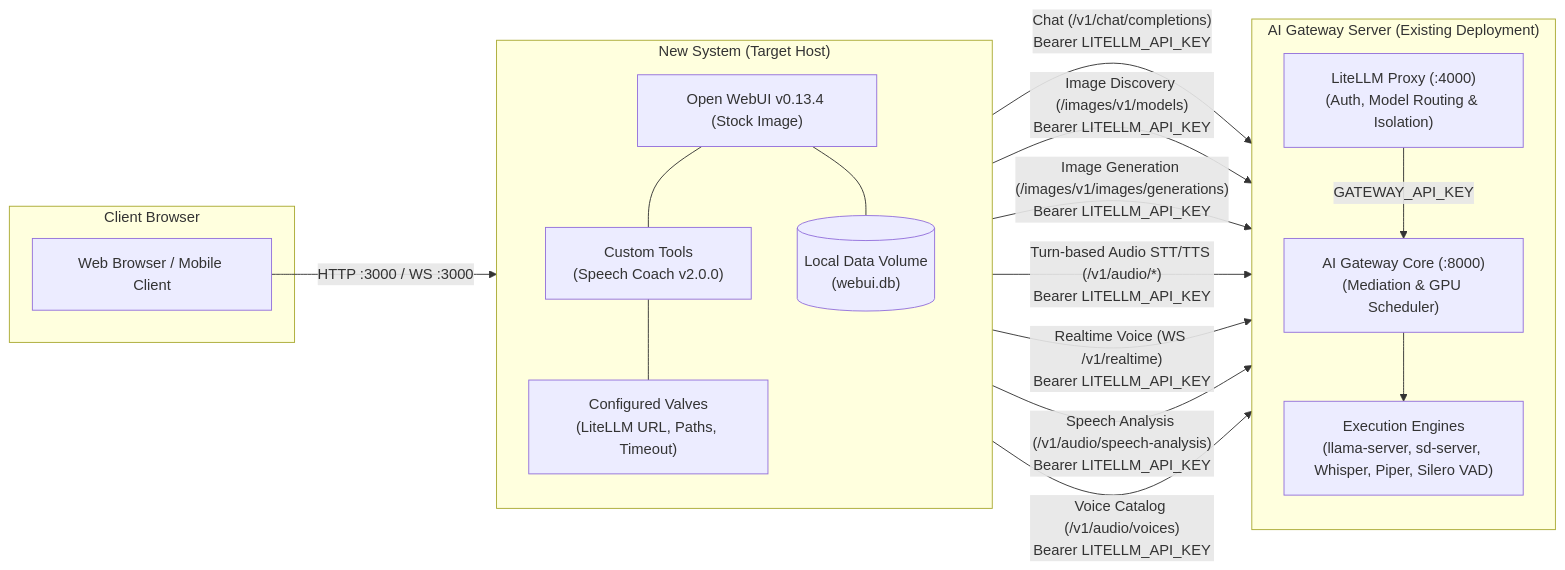
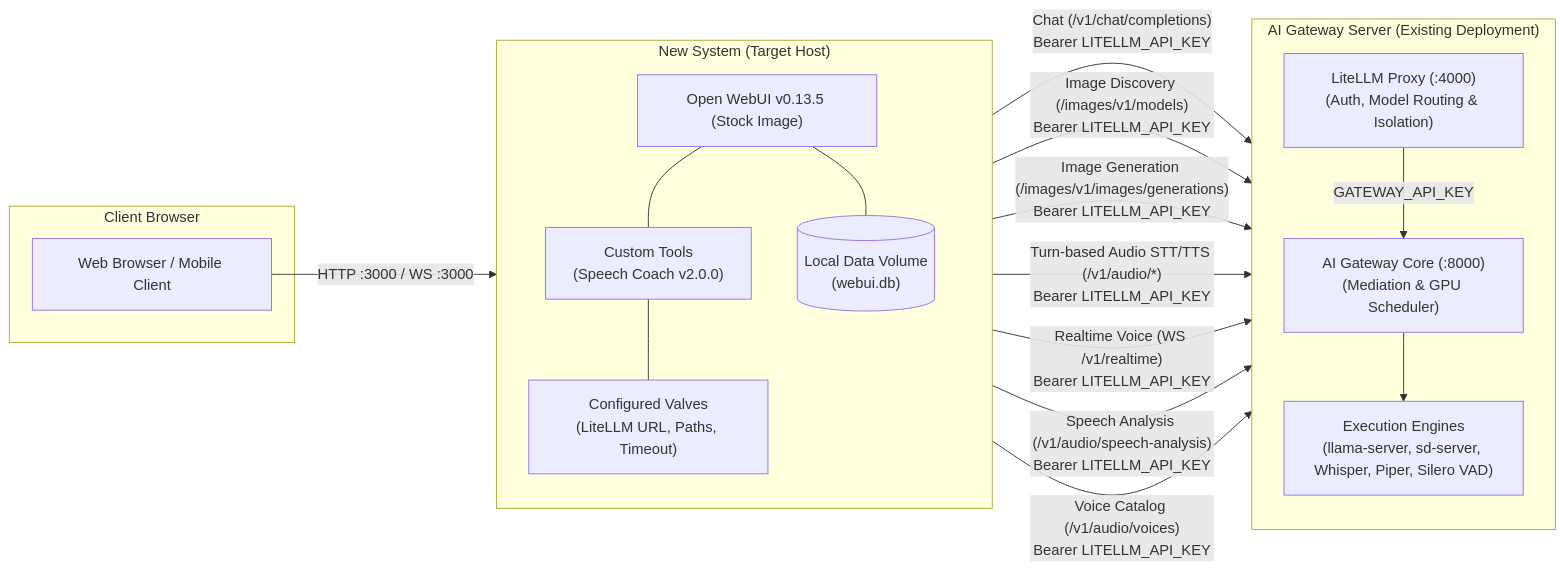
One commit to CyberRoamer/open-webui-fork changed the diagram in README.md. Above: the diagram before and after it, drawn with Mermaid. The commit also changed other lines of this file and 17 other files, not shown here.

Commit message:
feat(v0.13.5): upgrade Open WebUI to v0.13.5, fix ask_user options, and add Coolify GitHub deployment

````diff
--- a/README.md
+++ b/README.md
@@ -9,36 +9,36 @@
 ```mermaid
 flowchart LR
     subgraph Client ["Client Browser"]
         BROWSER["Web Browser / Mobile Client"]
     end
 
     subgraph New_Node ["New System (Target Host)"]
         direction TB
-        OWUI["Open WebUI v0.13.4 (Stock Image)"]
+        OWUI["Open WebUI v0.13.5 (Stock Image)"]
         TOOLS["Custom Tools\n(Speech Coach v2.0.0)"]
         VALVES["Configured Valves\n(LiteLLM URL, Paths, Timeout)"]
         DATA[("Local Data Volume\n(webui.db)")]
         OWUI --- TOOLS
         TOOLS --- VALVES
         OWUI --- DATA
     end
 
     subgraph Gateway_Server ["AI Gateway Server (Existing Deployment)"]
         direction TB
         LITELLM["LiteLLM Proxy (:4000)\n(Auth, Model Routing & Isolation)"]
         GW["AI Gateway Core (:8000)\n(Mediation & GPU Scheduler)"]
         ENGINES["Execution Engines\n(llama-server, sd-server, Whisper, Piper, Silero VAD)"]
         
         LITELLM -->|"GATEWAY_API_KEY"| GW
         GW --> ENGINES
     end
 
     BROWSER -->|"HTTP :3000 / WS :3000"| OWUI
     OWUI -->|"Chat (/v1/chat/completions)\nBearer LITELLM_API_KEY"| LITELLM
     OWUI -->|"Image Discovery (/images/v1/models)\nBearer LITELLM_API_KEY"| LITELLM
     OWUI -->|"Image Generation (/images/v1/images/generations)\nBearer LITELLM_API_KEY"| LITELLM
     OWUI -->|"Turn-based Audio STT/TTS (/v1/audio/*)\nBearer LITELLM_API_KEY"| LITELLM
     OWUI -->|"Realtime Voice (WS /v1/realtime)\nBearer LITELLM_API_KEY"| LITELLM
     TOOLS -->|"Speech Analysis (/v1/audio/speech-analysis)\nBearer LITELLM_API_KEY"| LITELLM
     TOOLS -->|"Voice Catalog (/v1/audio/voices)\nBearer LITELLM_API_KEY"| LITELLM
 ```
````
